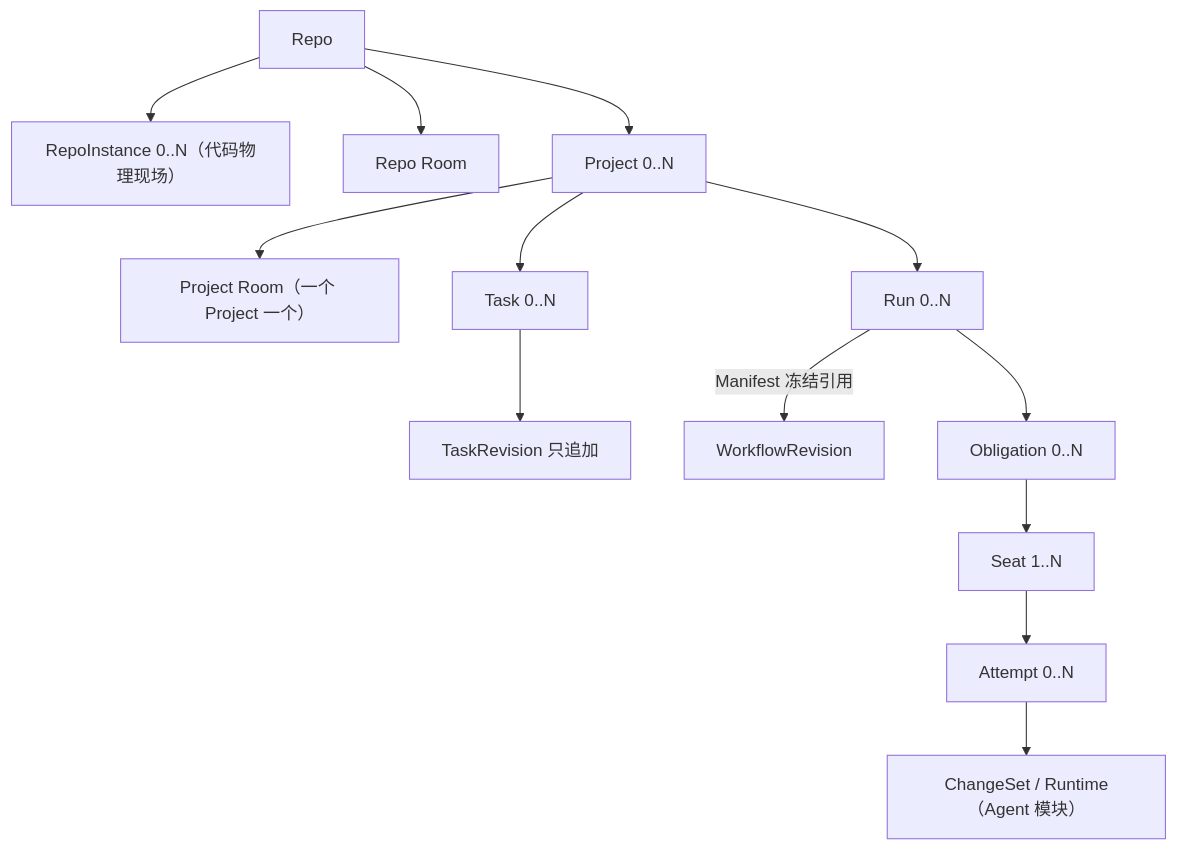
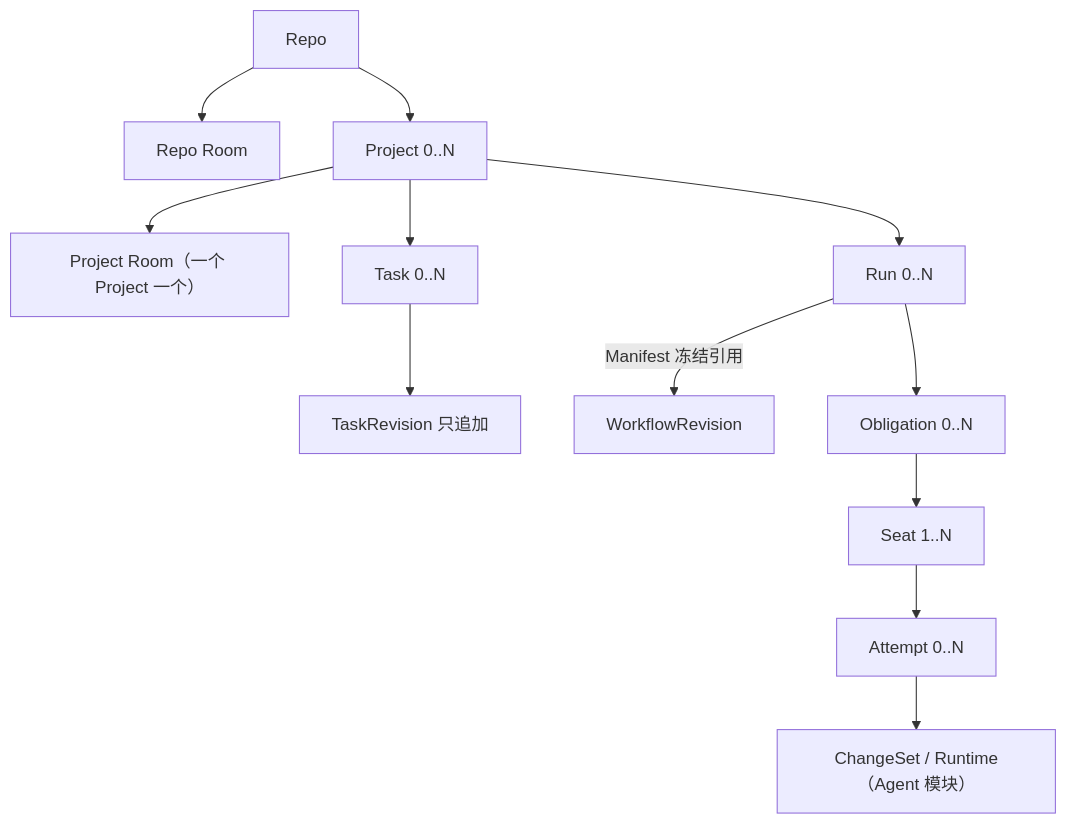
One commit to yesme/hctl2 changed the diagram in docs/design/README.md. Above: the diagram before and after it, drawn with Mermaid. The commit also changed 3 other files, not shown here.

Commit message:
docs: demote RepoInstance to a contract-layer object; drop from object graph

````diff
--- a/docs/design/README.md
+++ b/docs/design/README.md
@@ -21,15 +21,14 @@
 ```mermaid
 flowchart TD
-    R["Repo"] --> RI["RepoInstance 0..N（代码物理现场）"]
-    R --> RR["Repo Room"]
+    R["Repo"] --> RR["Repo Room"]
     R --> P["Project 0..N"]
     P --> PR["Project Room（一个 Project 一个）"]
     P --> T["Task 0..N"]
     P --> RN["Run 0..N"]
     T --> TR["TaskRevision 只追加"]
     RN -->|Manifest 冻结引用| W["WorkflowRevision"]
     RN --> O["Obligation 0..N"]
     O --> S["Seat 1..N"]
     S --> A["Attempt 0..N"]
     A --> CS["ChangeSet / Runtime（Agent 模块）"]
 ```
````
